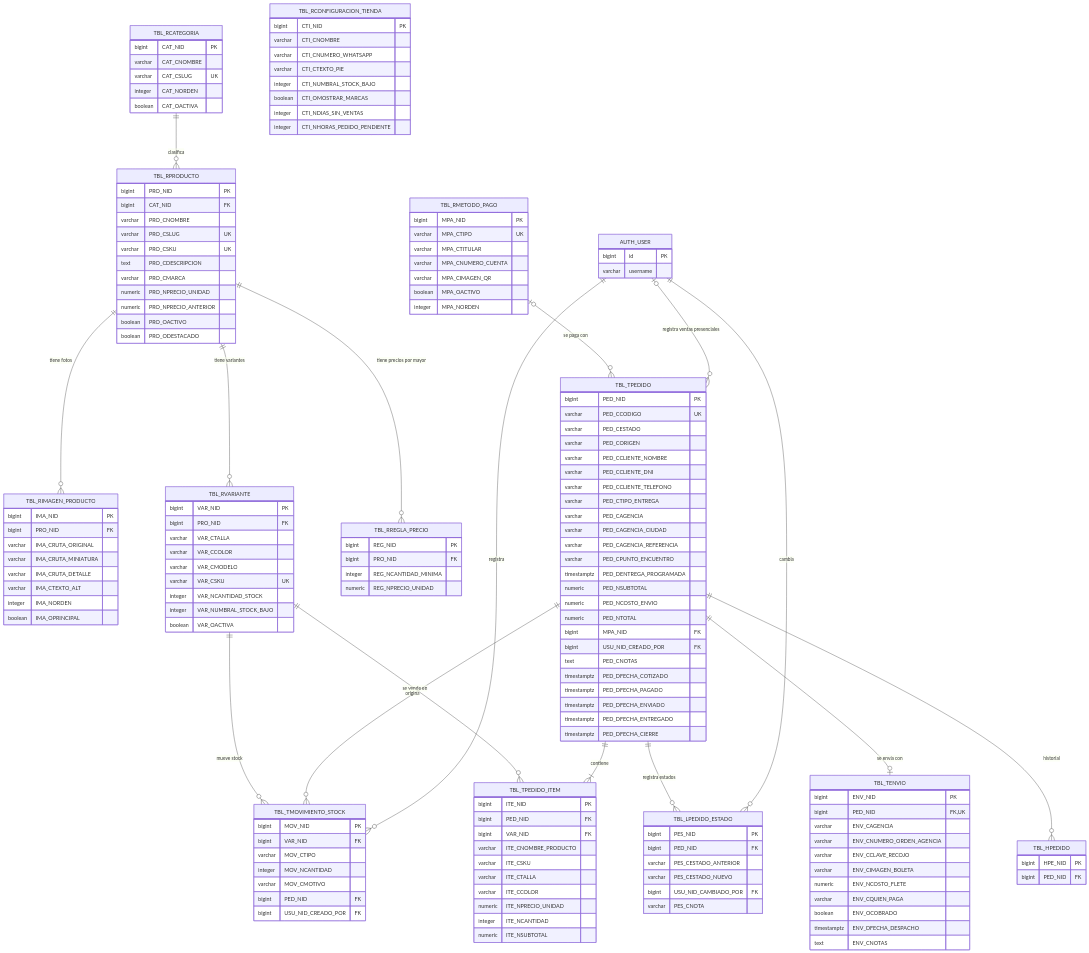
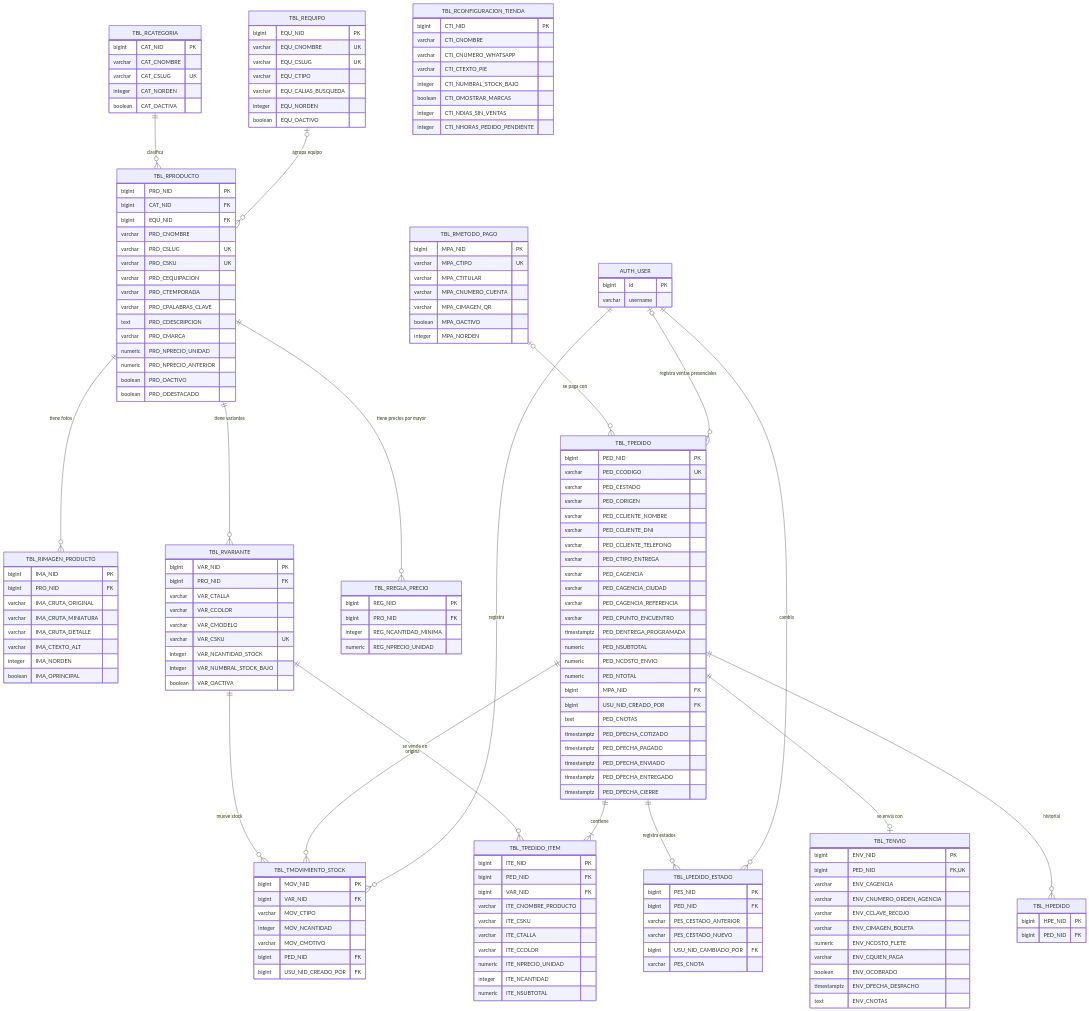
The diagram in 03-Diseno-Tecnico/base-datos/modelo-er.md (jcoldsolutionsj-lab/Proyect_03EcomerceEmunaSport), drawn with Mermaid before and after one commit. The commit also changed 72 other files, not shown here.

````diff
--- a/03-Diseno-Tecnico/base-datos/modelo-er.md
+++ b/03-Diseno-Tecnico/base-datos/modelo-er.md
@@ -7,6 +7,7 @@
 ```mermaid
 erDiagram
   TBL_RCATEGORIA ||--o{ TBL_RPRODUCTO : "clasifica"
+  TBL_REQUIPO |o--o{ TBL_RPRODUCTO : "agrupa equipo"
   TBL_RPRODUCTO ||--o{ TBL_RIMAGEN_PRODUCTO : "tiene fotos"
   TBL_RPRODUCTO ||--o{ TBL_RVARIANTE : "tiene variantes"
   TBL_RPRODUCTO ||--o{ TBL_RREGLA_PRECIO : "tiene precios por mayor"
@@ -48,12 +49,25 @@
     integer CAT_NORDEN
     boolean CAT_OACTIVA
   }
+  TBL_REQUIPO {
+    bigint EQU_NID PK
+    varchar EQU_CNOMBRE UK
+    varchar EQU_CSLUG UK
+    varchar EQU_CTIPO
+    varchar EQU_CALIAS_BUSQUEDA
+    integer EQU_NORDEN
+    boolean EQU_OACTIVO
+  }
   TBL_RPRODUCTO {
     bigint PRO_NID PK
     bigint CAT_NID FK
+    bigint EQU_NID FK
     varchar PRO_CNOMBRE
     varchar PRO_CSLUG UK
     varchar PRO_CSKU UK
+    varchar PRO_CEQUIPACION
+    varchar PRO_CTEMPORADA
+    varchar PRO_CPALABRAS_CLAVE
     text PRO_CDESCRIPCION
     varchar PRO_CMARCA
     numeric PRO_NPRECIO_UNIDAD
````
